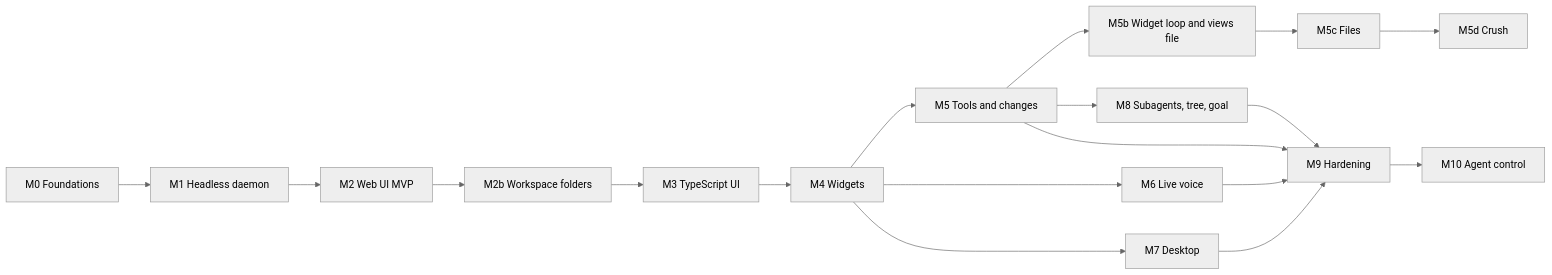
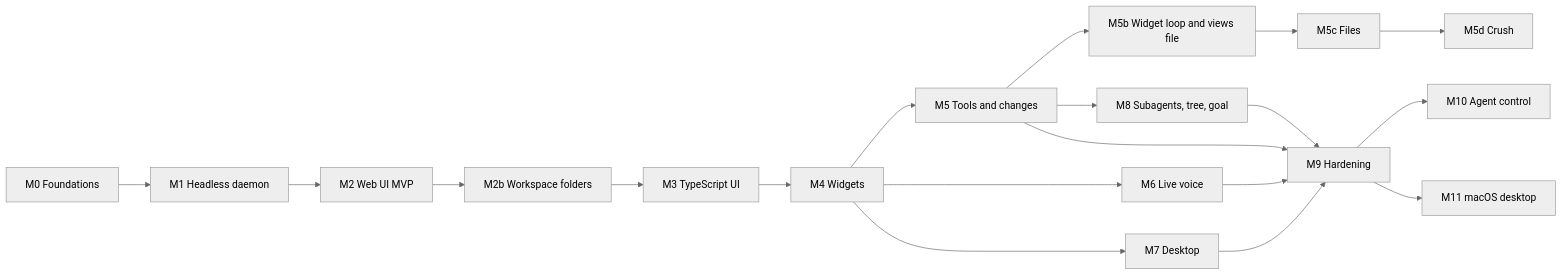
The diagram in docs/specs/07-roadmap.md (TonioGela/omfp), drawn with Mermaid (neutral theme) before and after one commit. The commit also changed other lines of this file and 141 other files, not shown here.

First line of the commit message:
feat: agent control (M10), macOS desktop (M11), CI disk fix and coverage/mutation gates (M9)

````diff
--- a/docs/specs/07-roadmap.md
+++ b/docs/specs/07-roadmap.md
@@ -7,10 +7,11 @@
 ```mermaid
 flowchart LR
   M0[M0 Foundations] --> M1[M1 Headless daemon] --> M2[M2 Web UI MVP] --> M2b[M2b Workspace folders]
   M2b --> M3[M3 TypeScript UI] --> M4[M4 Widgets]
   M4 --> M5[M5 Tools and changes] --> M5b[M5b Widget loop and views file] --> M5c[M5c Files] --> M5d[M5d Crush]
   M4 --> M6[M6 Live voice]
   M4 --> M7[M7 Desktop]
   M5 --> M8[M8 Subagents, tree, goal]
   M5 & M6 & M7 & M8 --> M9[M9 Hardening] --> M10[M10 Agent control]
+  M9 --> M11[M11 macOS desktop]
 ```
````
